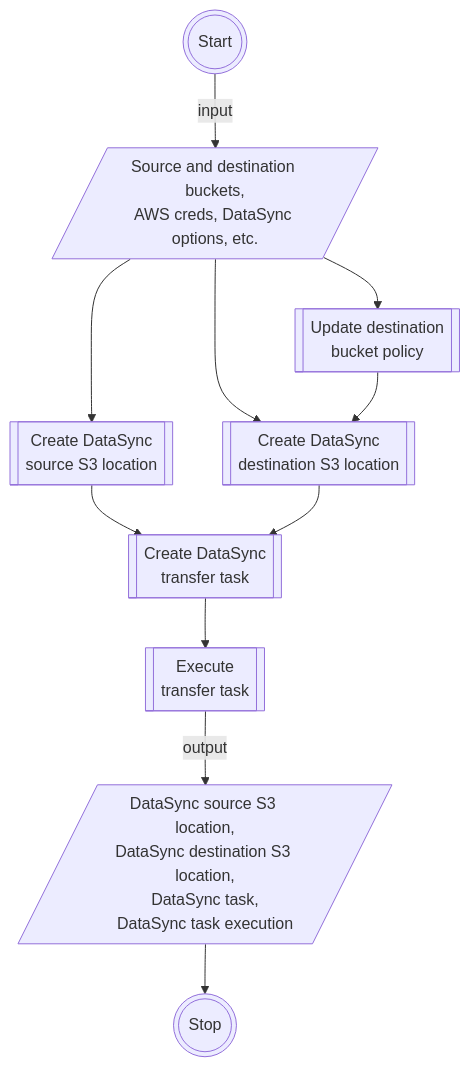
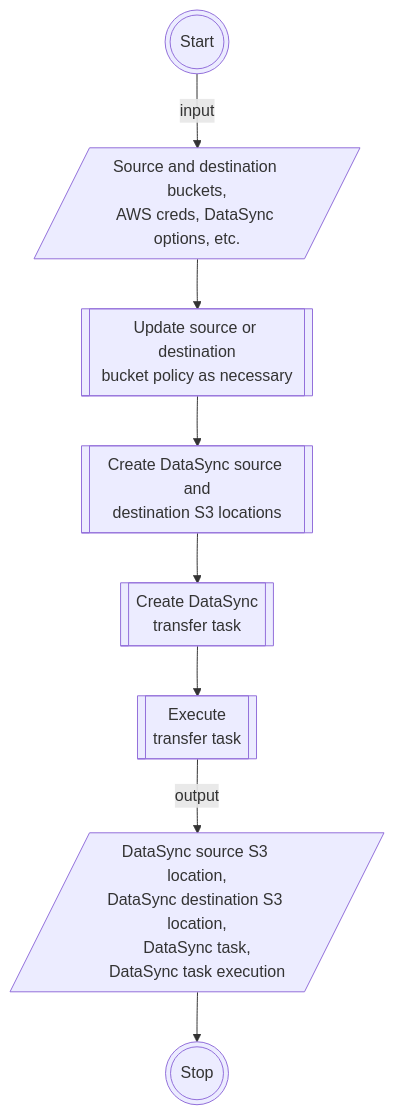
The diagram in readme.md (C-Collamar/datasync-s3-transfer), drawn with Mermaid before and after one commit. The commit also changed other lines of this file, not shown here.

````diff
--- a/readme.md
+++ b/readme.md
@@ -145,23 +210,19 @@
 ```mermaid
 flowchart TD
     start(((Start)))
     in[/Source and destination buckets,\nAWS creds, DataSync options, etc./]
-    policy[[Update destination\nbucket policy]]
-    srcloc[[Create DataSync\nsource S3 location]]
-    destloc[[Create DataSync\ndestination S3 location]]
+    policy[[Update source or destination\nbucket policy as necessary]]
+    locs[[Create DataSync source and\ndestination S3 locations]]
     task[[Create DataSync\ntransfer task]]
     exec[[Execute\ntransfer task]]
     out[/DataSync source S3 location,\nDataSync destination S3 location,\nDataSync task,\nDataSync task execution/]
     stop(((Stop)))
 
     start -- input --> in
     in --> policy
-    in --> srcloc
-    in --> destloc
-    srcloc --> task
-    destloc --> task
-    policy --> destloc
+    policy --> locs
+    locs --> task
     task --> exec
     exec -- output --> out
     out --> stop
 ```
````
